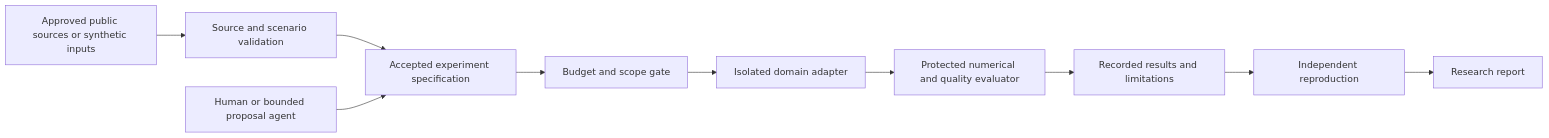
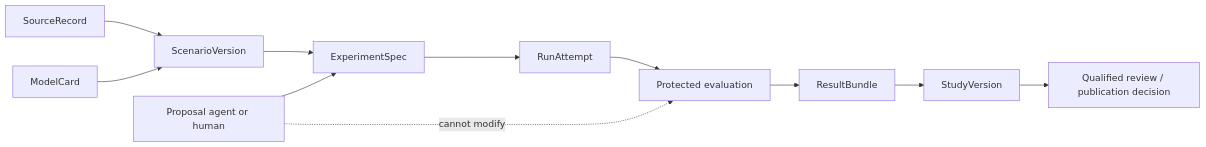
Before and after one commit to thepianistdirector/earth-rehearsal: the diagram in ARCHITECTURE.md, drawn with Mermaid. The commit also changed other lines of this file and 9 other files, not shown here.

Commit message:
docs: establish research architecture and complete foundation wave

````diff
--- a/ARCHITECTURE.md
+++ b/ARCHITECTURE.md
@@ -15,12 +103,13 @@
 ```mermaid
 flowchart LR
-  A[Approved public sources or synthetic inputs] --> B[Source and scenario validation]
-  B --> C[Accepted experiment specification]
-  H[Human or bounded proposal agent] --> C
-  C --> D[Budget and scope gate]
-  D --> E[Isolated domain adapter]
-  E --> F[Protected numerical and quality evaluator]
-  F --> G[Recorded results and limitations]
-  G --> I[Independent reproduction]
-  I --> J[Research report]
+  S[SourceRecord] --> C[ScenarioVersion]
+  M[ModelCard] --> C
+  C --> E[ExperimentSpec]
+  E --> R[RunAttempt]
+  R --> V[Protected evaluation]
+  V --> B[ResultBundle]
+  B --> Q[StudyVersion]
+  Q --> P[Qualified review / publication decision]
+  A[Proposal agent or human] --> E
+  A -. cannot modify .-> V
 ```
````
